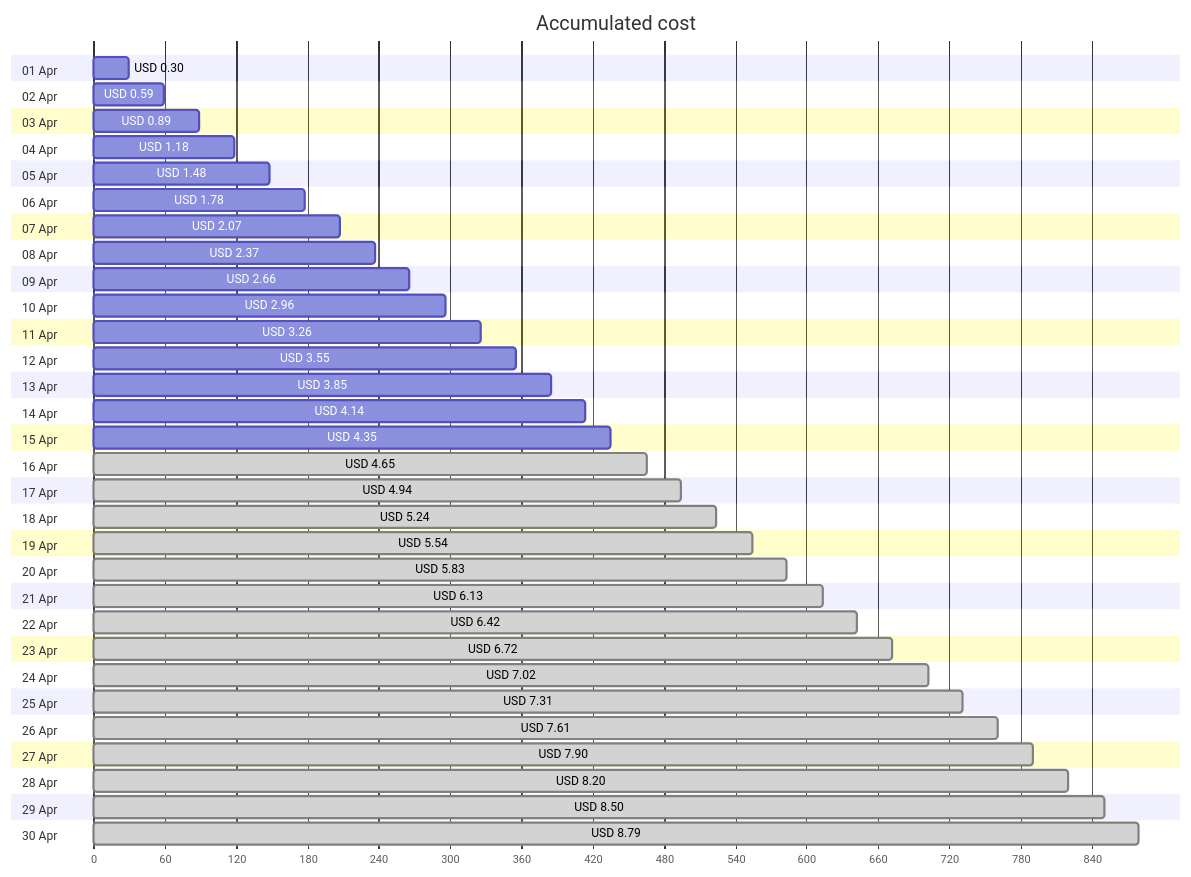
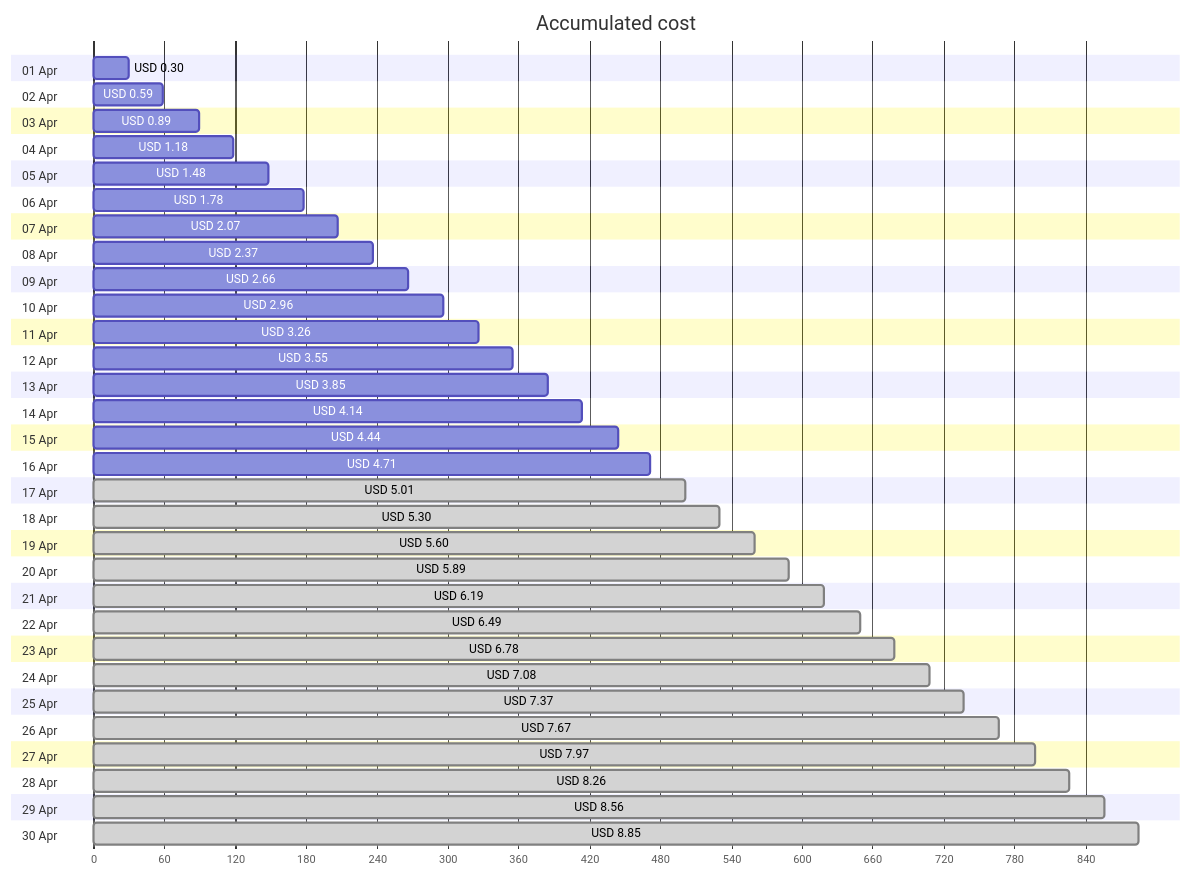
One commit to jpfulton/azure-personal-reports changed the first of 4 diagrams in cost-reports/personal-site/personal-site-preview.md. Above: the diagram before and after it, drawn with Mermaid. The commit also changed other lines of this file and 6 other files, not shown here.

````diff
--- a/cost-reports/personal-site/personal-site-preview.md
+++ b/cost-reports/personal-site/personal-site-preview.md
@@ -20,66 +20,66 @@
 ```mermaid
 gantt
    title Accumulated cost
    dateFormat  X
    axisFormat %s
    section 01 Apr
    USD 0.30 :0, 30
    section 02 Apr
    USD 0.59 :0, 59
    section 03 Apr
    USD 0.89 :0, 89
    section 04 Apr
    USD 1.18 :0, 118
    section 05 Apr
    USD 1.48 :0, 148
    section 06 Apr
    USD 1.78 :0, 178
    section 07 Apr
    USD 2.07 :0, 207
    section 08 Apr
    USD 2.37 :0, 237
    section 09 Apr
    USD 2.66 :0, 266
    section 10 Apr
    USD 2.96 :0, 296
    section 11 Apr
    USD 3.26 :0, 326
    section 12 Apr
    USD 3.55 :0, 355
    section 13 Apr
    USD 3.85 :0, 385
    section 14 Apr
    USD 4.14 :0, 414
    section 15 Apr
-   USD 4.35 :0, 435
+   USD 4.44 :0, 444
    section 16 Apr
-   USD 4.65 : done, 0, 465
+   USD 4.71 :0, 471
    section 17 Apr
-   USD 4.94 : done, 0, 494
+   USD 5.01 : done, 0, 501
    section 18 Apr
-   USD 5.24 : done, 0, 524
+   USD 5.30 : done, 0, 530
    section 19 Apr
-   USD 5.54 : done, 0, 554
+   USD 5.60 : done, 0, 560
    section 20 Apr
-   USD 5.83 : done, 0, 583
+   USD 5.89 : done, 0, 589
    section 21 Apr
-   USD 6.13 : done, 0, 613
+   USD 6.19 : done, 0, 619
    section 22 Apr
-   USD 6.42 : done, 0, 642
+   USD 6.49 : done, 0, 649
    section 23 Apr
-   USD 6.72 : done, 0, 672
+   USD 6.78 : done, 0, 678
    section 24 Apr
-   USD 7.02 : done, 0, 702
+   USD 7.08 : done, 0, 708
    section 25 Apr
-   USD 7.31 : done, 0, 731
+   USD 7.37 : done, 0, 737
    section 26 Apr
-   USD 7.61 : done, 0, 761
+   USD 7.67 : done, 0, 767
    section 27 Apr
-   USD 7.90 : done, 0, 790
+   USD 7.97 : done, 0, 797
    section 28 Apr
-   USD 8.20 : done, 0, 820
+   USD 8.26 : done, 0, 826
    section 29 Apr
-   USD 8.50 : done, 0, 850
+   USD 8.56 : done, 0, 856
    section 30 Apr
-   USD 8.79 : done, 0, 879
+   USD 8.85 : done, 0, 885
 ```
````
